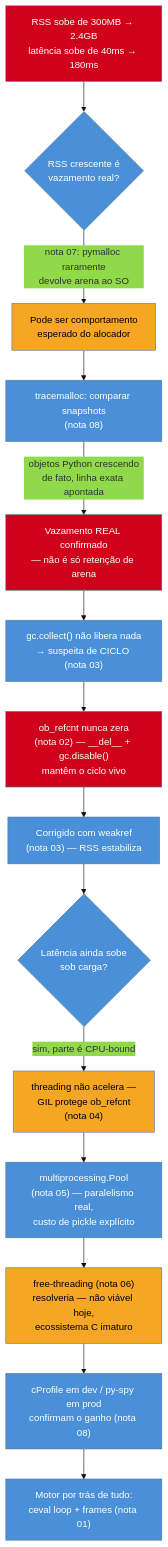
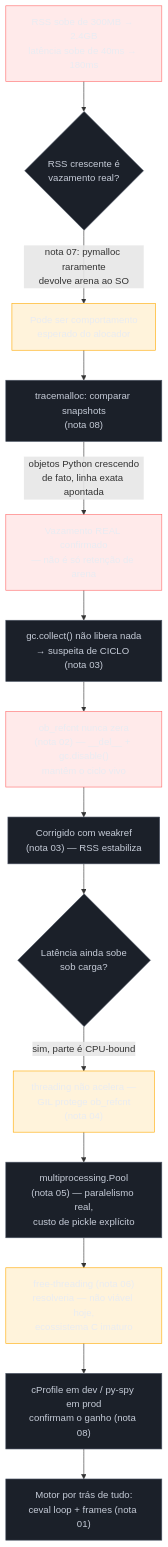
One commit to josenaldo/codex-technomanticus changed the first of 3 diagrams in 03-Dominios/Tecnologia/Python/CPython internals/09 - Capstone — CPython internals.md. Above: the diagram before and after it, drawn with Mermaid. The commit also changed other lines of this file and 1181 other files, not shown here.

First line of the commit message:
fix(diagramas): paleta do sistema no lugar de cor cravada no markdown

````diff
--- a/03-Dominios/Tecnologia/Python/CPython internals/09 - Capstone — CPython internals.md
+++ b/03-Dominios/Tecnologia/Python/CPython internals/09 - Capstone — CPython internals.md
@@ -39,32 +39,34 @@
 ```mermaid
-%%{init: {"theme": "base", "themeVariables": {"primaryColor": "#4A90D9"}}}%%
 flowchart TD
+    classDef falha fill:#FF6B6B24,stroke:#FF6B6B,color:#E9ECF2
+    classDef neutro fill:#1B2029,stroke:#4E5666,color:#C6CCD8
+    classDef destaque fill:#FFAA0024,stroke:#FFAA00,color:#E9ECF2
     A["RSS sobe de 300MB → 2.4GB\nlatência sobe de 40ms → 180ms"] --> B{"RSS crescente é\nvazamento real?"}
     B -->|"nota 07: pymalloc raramente\ndevolve arena ao SO"| C["Pode ser comportamento\nesperado do alocador"]
     C --> D["tracemalloc: comparar snapshots\n(nota 08)"]
     D -->|"objetos Python crescendo\nde fato, linha exata apontada"| E["Vazamento REAL confirmado\n— não é só retenção de arena"]
     E --> F["gc.collect() não libera nada\n→ suspeita de CICLO (nota 03)"]
     F --> G["ob_refcnt nunca zera\n(nota 02) — __del__ + gc.disable()\nmantêm o ciclo vivo"]
     G --> H["Corrigido com weakref\n(nota 03) — RSS estabiliza"]
     H --> I{"Latência ainda sobe\nsob carga?"}
     I -->|"sim, parte é CPU-bound"| J["threading não acelera —\nGIL protege ob_refcnt\n(nota 04)"]
     J --> K["multiprocessing.Pool\n(nota 05) — paralelismo real,\ncusto de pickle explícito"]
     K --> L["free-threading (nota 06)\nresolveria — não viável hoje,\necossistema C imaturo"]
     L --> M["cProfile em dev / py-spy em prod\nconfirmam o ganho (nota 08)"]
     M --> N["Motor por trás de tudo:\nceval loop + frames (nota 01)"]
 
-    style A fill:#D0021B,color:#fff
-    style B fill:#4A90D9,color:#fff
-    style C fill:#F5A623,color:#000
-    style D fill:#4A90D9,color:#fff
-    style E fill:#D0021B,color:#fff
-    style F fill:#4A90D9,color:#fff
-    style G fill:#D0021B,color:#fff
-    style H fill:#4A90D9,color:#fff
-    style I fill:#4A90D9,color:#fff
-    style J fill:#F5A623,color:#000
-    style K fill:#4A90D9,color:#fff
-    style L fill:#F5A623,color:#000
-    style M fill:#4A90D9,color:#fff
-    style N fill:#4A90D9,color:#fff
+    class A falha
+    class B neutro
+    class C destaque
+    class D neutro
+    class E falha
+    class F neutro
+    class G falha
+    class H neutro
+    class I neutro
+    class J destaque
+    class K neutro
+    class L destaque
+    class M neutro
+    class N neutro
 ```
````
